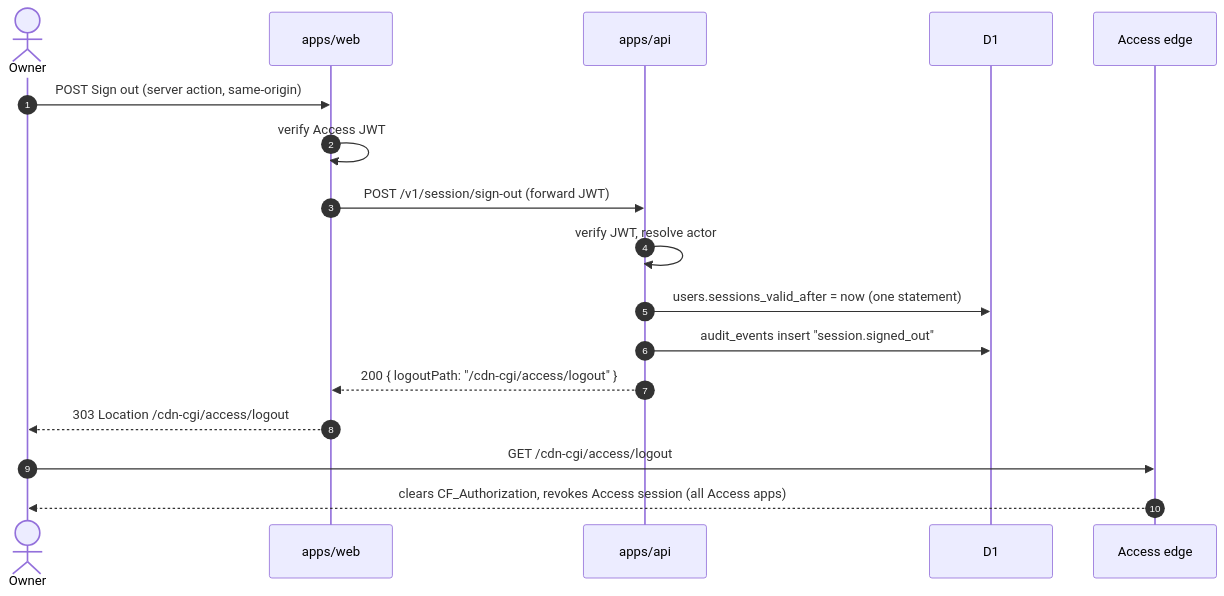
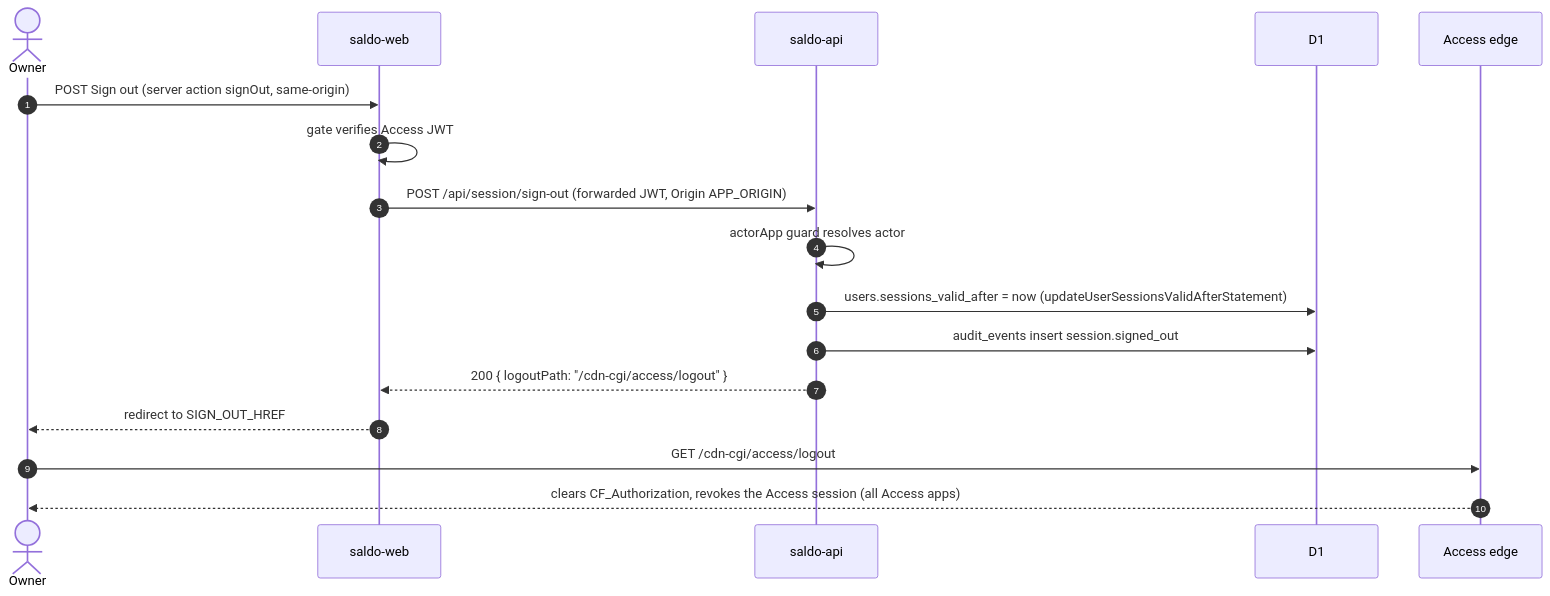
Before and after one commit to Reidond/saldo: the second of 6 diagrams in docs/plans/chatgpt-connect-and-login.md, drawn with Mermaid. The commit also changed other lines of this file and 1 other file, not shown here.

````diff
--- a/docs/plans/chatgpt-connect-and-login.md
+++ b/docs/plans/chatgpt-connect-and-login.md
@@ -275,19 +316,19 @@
 ```mermaid
 sequenceDiagram
   autonumber
   actor O as Owner
-  participant W as apps/web
-  participant A as apps/api
+  participant W as saldo-web
+  participant A as saldo-api
   participant D as D1
   participant E as Access edge
-  O->>W: POST Sign out (server action, same-origin)
-  W->>W: verify Access JWT
-  W->>A: POST /v1/session/sign-out (forward JWT)
-  A->>A: verify JWT, resolve actor
-  A->>D: users.sessions_valid_after = now (one statement)
-  A->>D: audit_events insert "session.signed_out"
+  O->>W: POST Sign out (server action signOut, same-origin)
+  W->>W: gate verifies Access JWT
+  W->>A: POST /api/session/sign-out (forwarded JWT, Origin APP_ORIGIN)
+  A->>A: actorApp guard resolves actor
+  A->>D: users.sessions_valid_after = now (updateUserSessionsValidAfterStatement)
+  A->>D: audit_events insert session.signed_out
   A-->>W: 200 { logoutPath: "/cdn-cgi/access/logout" }
-  W-->>O: 303 Location /cdn-cgi/access/logout
+  W-->>O: redirect to SIGN_OUT_HREF
   O->>E: GET /cdn-cgi/access/logout
-  E-->>O: clears CF_Authorization, revokes Access session (all Access apps)
+  E-->>O: clears CF_Authorization, revokes the Access session (all Access apps)
 ```
````
